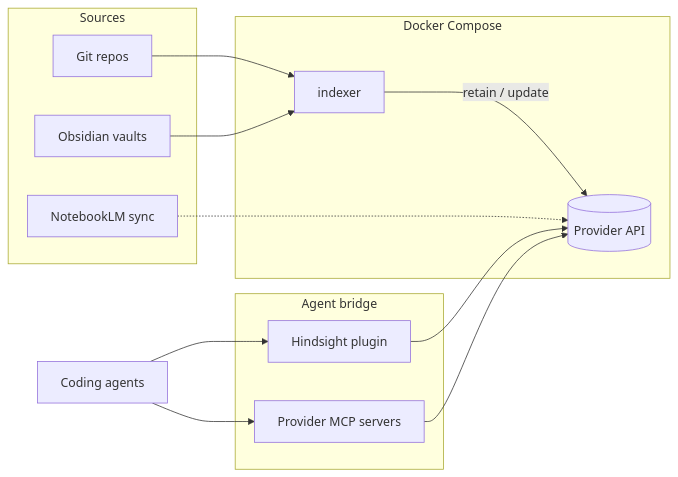
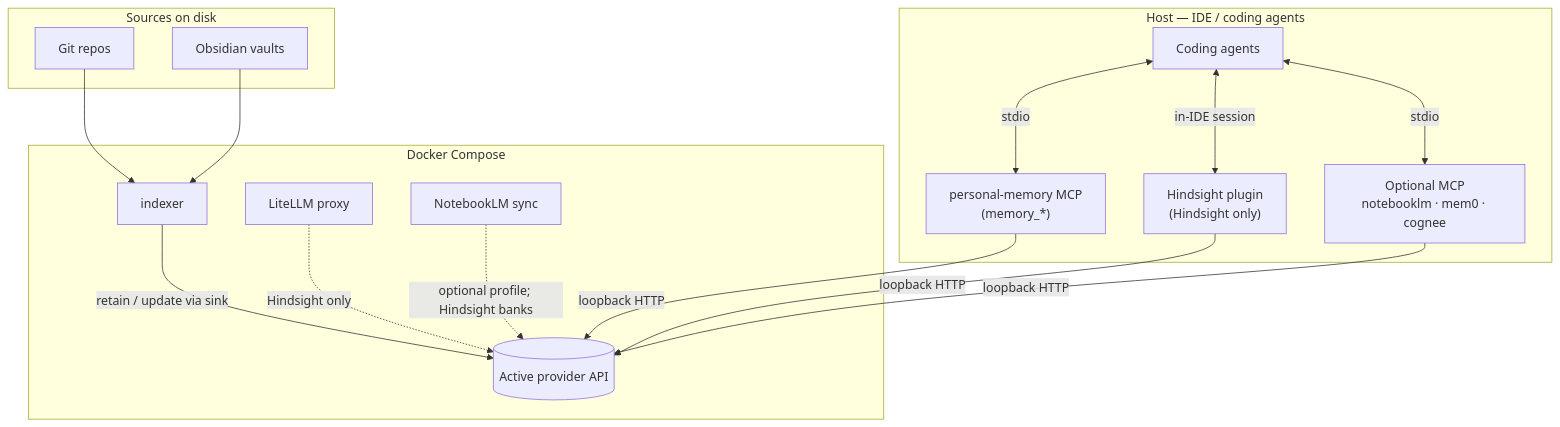
One commit to bcmyguest/openmem changed the first of 2 diagrams in docs/architecture.md. Above: the diagram before and after it, drawn with Mermaid. The commit also changed other lines of this file and 2 other files, not shown here.

Commit message:
docs: fix architecture diagrams for MCP and runtime paths
Separate host MCP/plugins from Compose, show unified personal-memory
MCP, and limit LiteLLM/NotebookLM to Hindsight; align landing figure
and README with docs/architecture.md.

````diff
--- a/docs/architecture.md
+++ b/docs/architecture.md
@@ -7,29 +9,33 @@
 ```mermaid
-flowchart LR
-  subgraph sources["Sources"]
+flowchart TB
+  subgraph disk["Sources on disk"]
     GIT[Git repos]
     OBS[Obsidian vaults]
-    NLM[NotebookLM sync]
   end
 
-  subgraph stack["Docker Compose"]
+  subgraph compose["Docker Compose"]
     IDX[indexer]
-    PROV[(Provider API)]
-    IDX -->|retain / update| PROV
+    PROV[(Active provider API)]
+    IDX -->|retain / update via sink| PROV
+    LIT[LiteLLM proxy]
+    NLM[NotebookLM sync]
+    LIT -.->|Hindsight only| PROV
+    NLM -.->|optional profile; Hindsight banks| PROV
   end
 
-  subgraph bridge["Agent bridge"]
-    PLG[Hindsight plugin]
-    MCP[Provider MCP servers]
+  subgraph host["Host — IDE / coding agents"]
+    AG[Coding agents]
+    UMCP["personal-memory MCP\n(memory_*)"]
+    PLG["Hindsight plugin\n(Hindsight only)"]
+    NAT["Optional MCP\nnotebooklm · mem0 · cognee"]
   end
-
-  AG[Coding agents]
 
   GIT --> IDX
   OBS --> IDX
-  NLM -.-> PROV
-  AG --> PLG
-  AG --> MCP
-  PLG --> PROV
-  MCP --> PROV
+  AG <-->|stdio| UMCP
+  AG <-->|in-IDE session| PLG
+  AG <-->|stdio| NAT
+  UMCP -->|loopback HTTP| PROV
+  PLG -->|loopback HTTP| PROV
+  NAT -->|loopback HTTP| PROV
 ```
````
